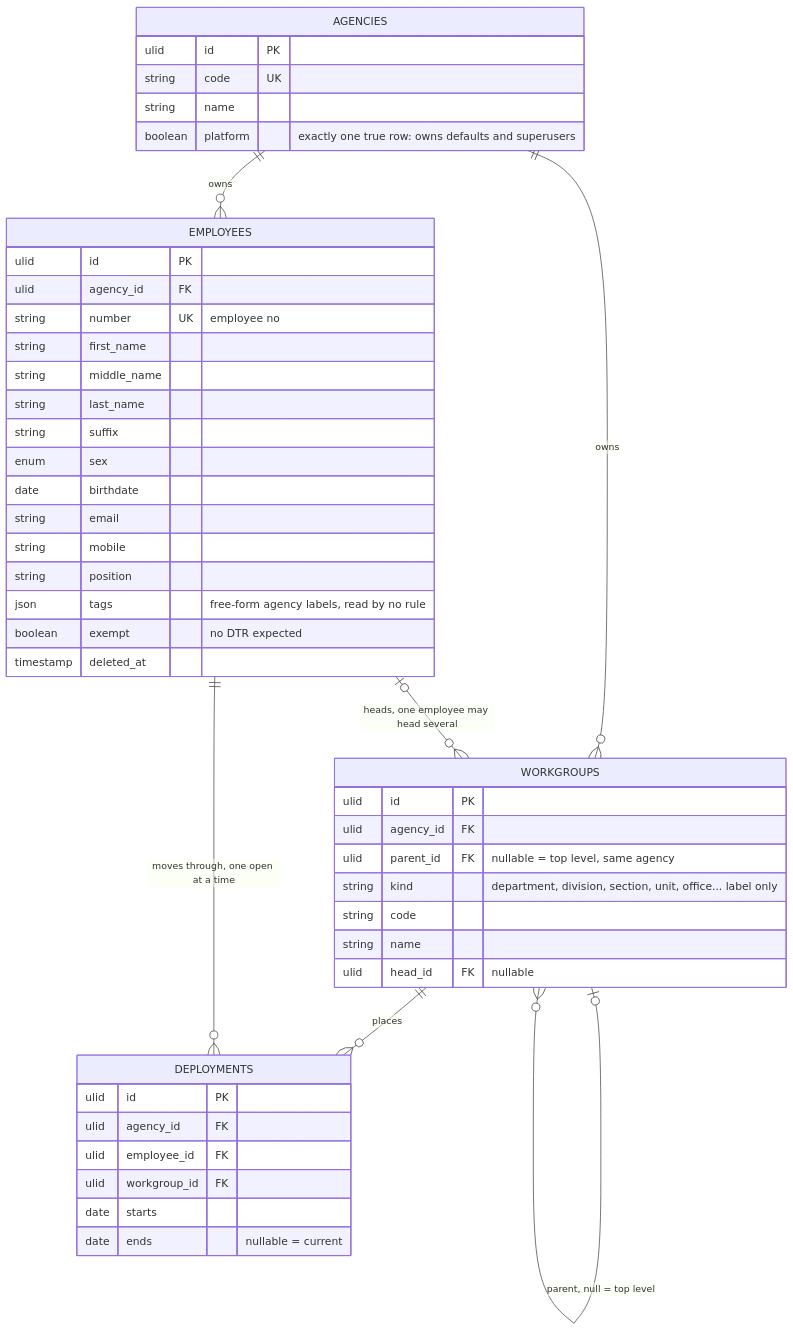
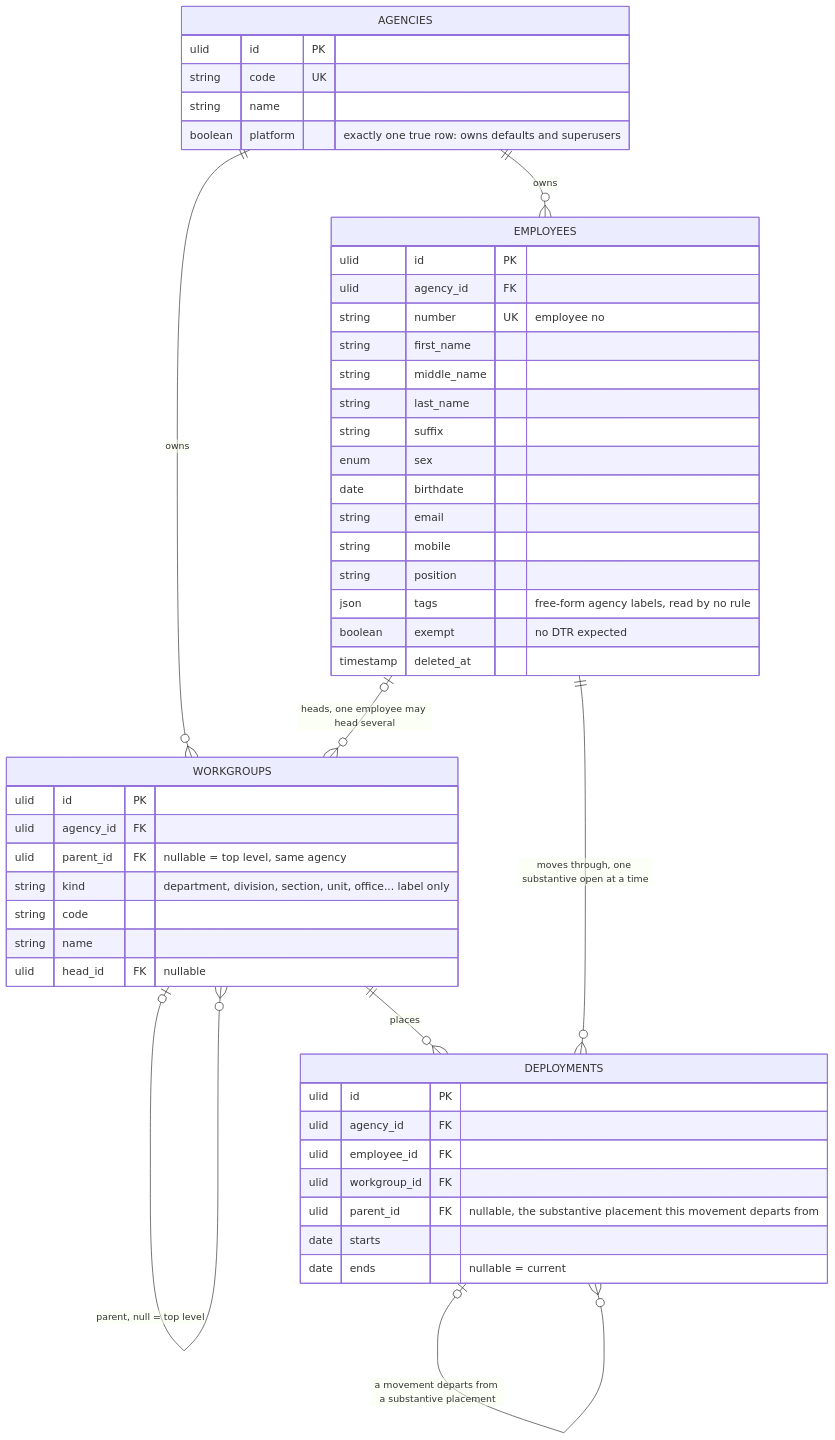
Before and after one commit to joowdx/khronoz: the diagram in docs/design/01-organization.md, drawn with Mermaid. The commit also changed other lines of this file and 5 other files, not shown here.

````diff
--- a/docs/design/01-organization.md
+++ b/docs/design/01-organization.md
@@ -3,50 +3,52 @@
 ```mermaid
 erDiagram
     AGENCIES  ||--o{ WORKGROUPS       : "owns"
     AGENCIES  ||--o{ EMPLOYEES   : "owns"
     WORKGROUPS     |o--o{ WORKGROUPS       : "parent, null = top level"
     WORKGROUPS     ||--o{ DEPLOYMENTS : "places"
-    EMPLOYEES ||--o{ DEPLOYMENTS : "moves through, one open at a time"
+    EMPLOYEES ||--o{ DEPLOYMENTS : "moves through, one substantive open at a time"
+    DEPLOYMENTS |o--o{ DEPLOYMENTS : "a movement departs from a substantive placement"
     EMPLOYEES |o--o{ WORKGROUPS       : "heads, one employee may head several"
 
     AGENCIES {
         ulid id PK
         string code UK
         string name
         boolean platform "exactly one true row: owns defaults and superusers"
     }
     WORKGROUPS {
         ulid id PK
         ulid agency_id FK
         ulid parent_id FK "nullable = top level, same agency"
         string kind "department, division, section, unit, office... label only"
         string code
         string name
         ulid head_id FK "nullable"
     }
     EMPLOYEES {
         ulid id PK
         ulid agency_id FK
         string number UK "employee no"
         string first_name
         string middle_name
         string last_name
         string suffix
         enum sex
         date birthdate
         string email
         string mobile
         string position
         json tags "free-form agency labels, read by no rule"
         boolean exempt "no DTR expected"
         timestamp deleted_at
     }
     DEPLOYMENTS {
         ulid id PK
         ulid agency_id FK
         ulid employee_id FK
         ulid workgroup_id FK
+        ulid parent_id FK "nullable, the substantive placement this movement departs from"
         date starts
         date ends "nullable = current"
     }
 ```
````
